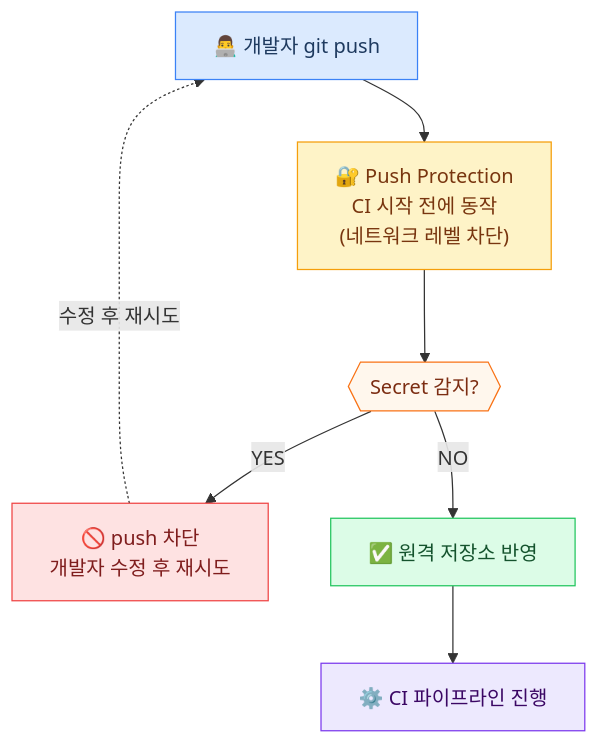
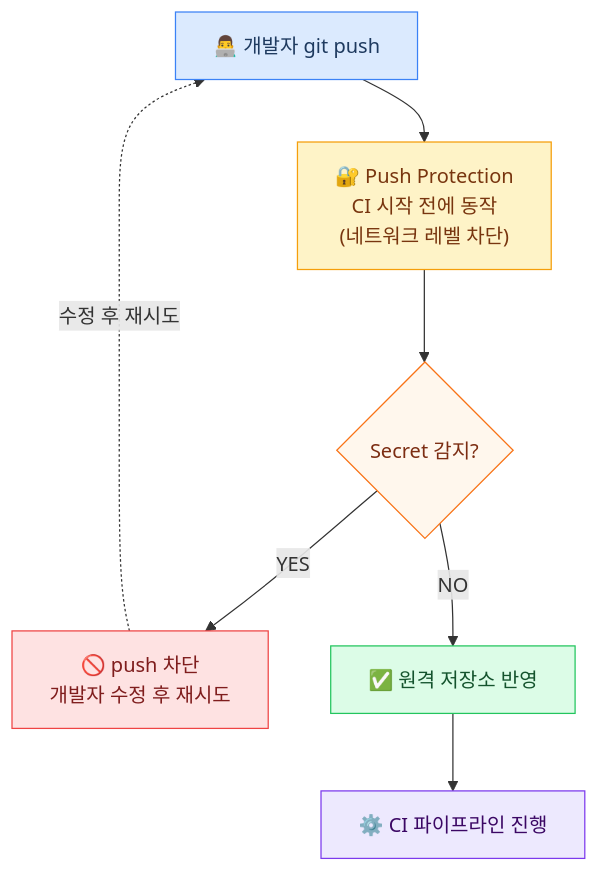
The first of 2 diagrams in _posts/2026-05-07-GHAS-Secret_Protection.md (Anna-Jeong-MS/azurekorea), drawn with Mermaid before and after one commit. The commit also changed other lines of this file and 5 other files, not shown here.

````diff
--- a/_posts/2026-05-07-GHAS-Secret_Protection.md
+++ b/_posts/2026-05-07-GHAS-Secret_Protection.md
@@ -84,26 +85,26 @@
 ```mermaid
 flowchart TD
     DEV["👨‍💻 개발자 git push"]
     PP["🔐 Push Protection
     CI 시작 전에 동작
     (네트워크 레벨 차단)"]
-    DEC{{"Secret 감지?"}}
+    DEC{"Secret 감지?"}
     BLOCK["🚫 push 차단
     개발자 수정 후 재시도"]
     REPO["✅ 원격 저장소 반영"]
     CI["⚙️ CI 파이프라인 진행"]
 
     DEV --> PP
     PP --> DEC
     DEC -->|"YES"| BLOCK
     BLOCK -.->|"수정 후 재시도"| DEV
     DEC -->|"NO"| REPO
     REPO --> CI
 
     style DEV fill:#dbeafe,stroke:#3b82f6,color:#1e3a5f
     style PP fill:#fef3c7,stroke:#f59e0b,color:#78350f
     style DEC fill:#fff7ed,stroke:#f97316,color:#7c2d12
     style BLOCK fill:#fee2e2,stroke:#ef4444,color:#7f1d1d
     style REPO fill:#dcfce7,stroke:#22c55e,color:#14532d
     style CI fill:#ede9fe,stroke:#7c3aed,color:#3b0764
 ```
````
